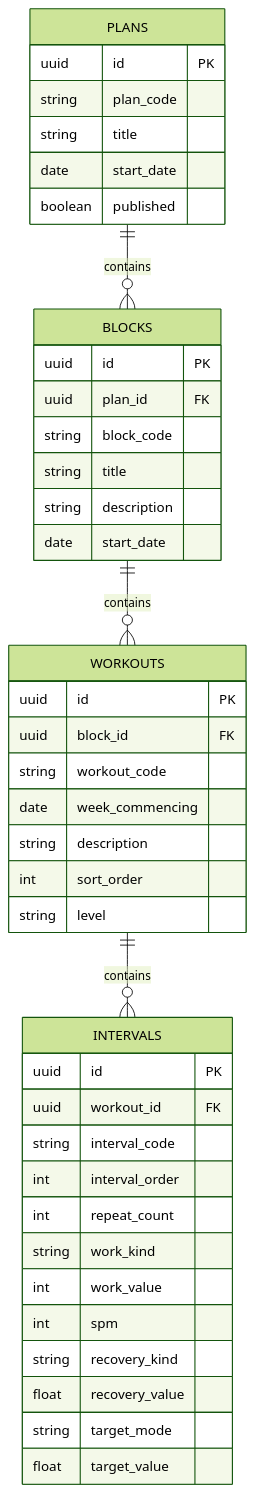
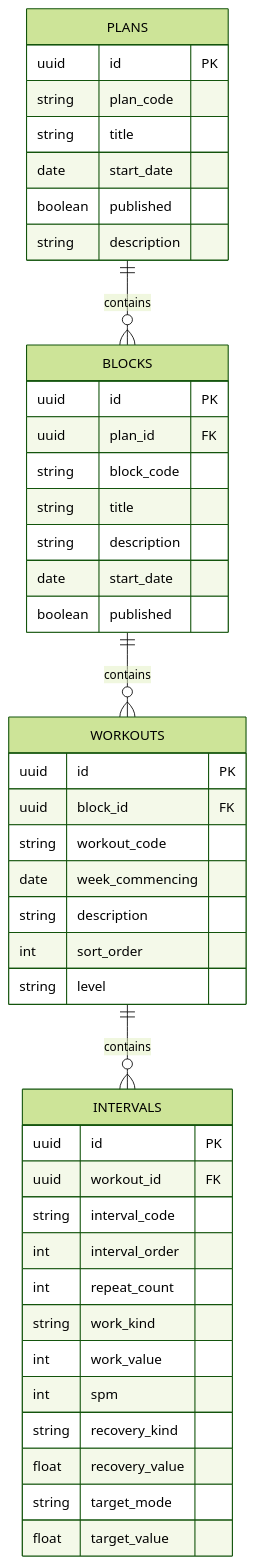
One commit to dxdavidson/nbrctraining changed the diagram in docs/database-schema.md. Above: the diagram before and after it, drawn with Mermaid (forest theme). The commit also changed 10 other files, not shown here.

````diff
--- a/docs/database-schema.md
+++ b/docs/database-schema.md
@@ -1,44 +1,46 @@
 ```mermaid
 erDiagram
 	PLANS {
         uuid id PK
 		string plan_code
 		string title
 		date start_date
 		boolean published
+		string description
 	}
 	BLOCKS {
 		uuid id PK
         uuid plan_id FK
 		string block_code 
 		string title
 		string description
 		date start_date
+		boolean published
 	}
 	WORKOUTS {
         uuid id PK
         uuid block_id FK		
 		string workout_code
 		date week_commencing
 		string description
 		int sort_order
 		string level
 	}
 	INTERVALS {
         uuid id PK
         uuid workout_id FK		
 		string interval_code
 		int interval_order
 		int repeat_count
 		string work_kind
 		int work_value
 		int spm
 		string recovery_kind
 		float recovery_value
 		string target_mode
 		float target_value
 	}
 	PLANS ||--o{ BLOCKS : contains
 	BLOCKS ||--o{ WORKOUTS : contains
 	WORKOUTS ||--o{ INTERVALS : contains
 ```
````
